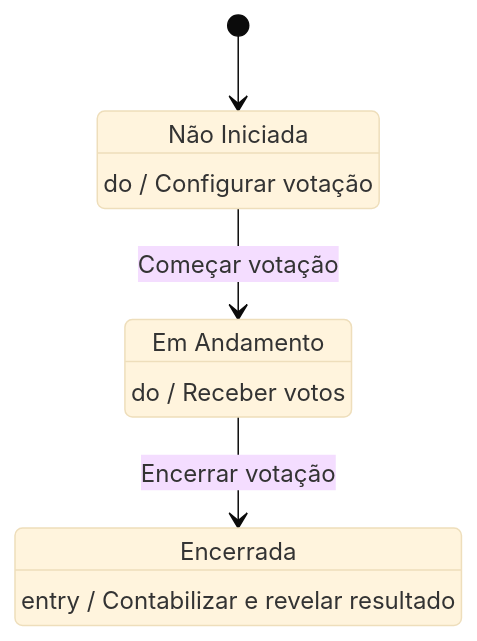
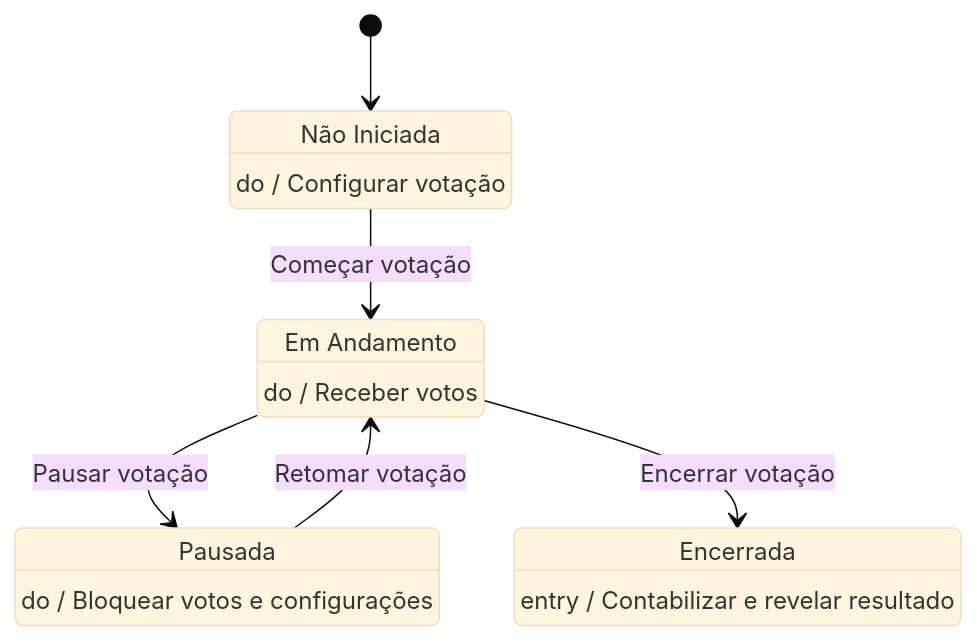
One commit to brendon-joao-dev/sistema-votacao changed the diagram in docs/diagrama_estados.md. Above: the diagram before and after it, drawn with Mermaid (base theme).

Commit message:
Docs: Adição do estado Pausada no diagrama de estado

````diff
--- a/docs/diagrama_estados.md
+++ b/docs/diagrama_estados.md
@@ -3,16 +3,21 @@
 ```mermaid
 stateDiagram-v2
     A: Não Iniciada
     B: Em Andamento
-    C: Encerrada
+    C: Pausada
+    D: Encerrada
 
     [*] --> A
     A --> B: Começar votação
-    B --> C: Encerrar votação
+    B --> C: Pausar votação
+    C --> B: Retomar votação
+    B --> D: Encerrar votação
 
     A: do / Configurar votação
 
     B: do / Receber votos
 
-    C: entry / Contabilizar e revelar resultado
+    C: do / Bloquear votos e configurações
+
+    D: entry / Contabilizar e revelar resultado
 ```
````
